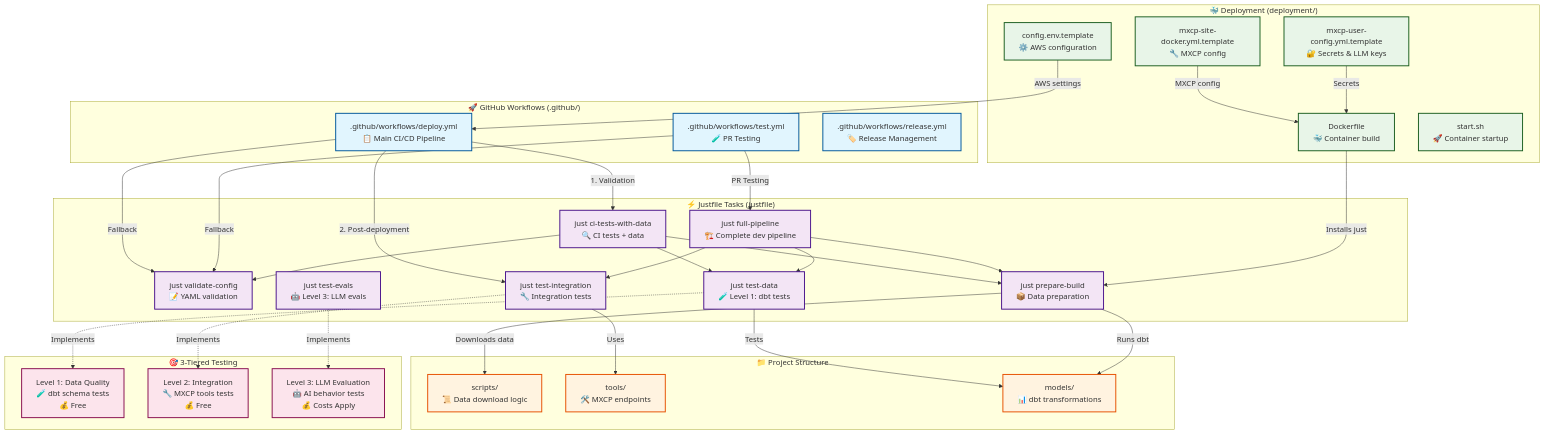
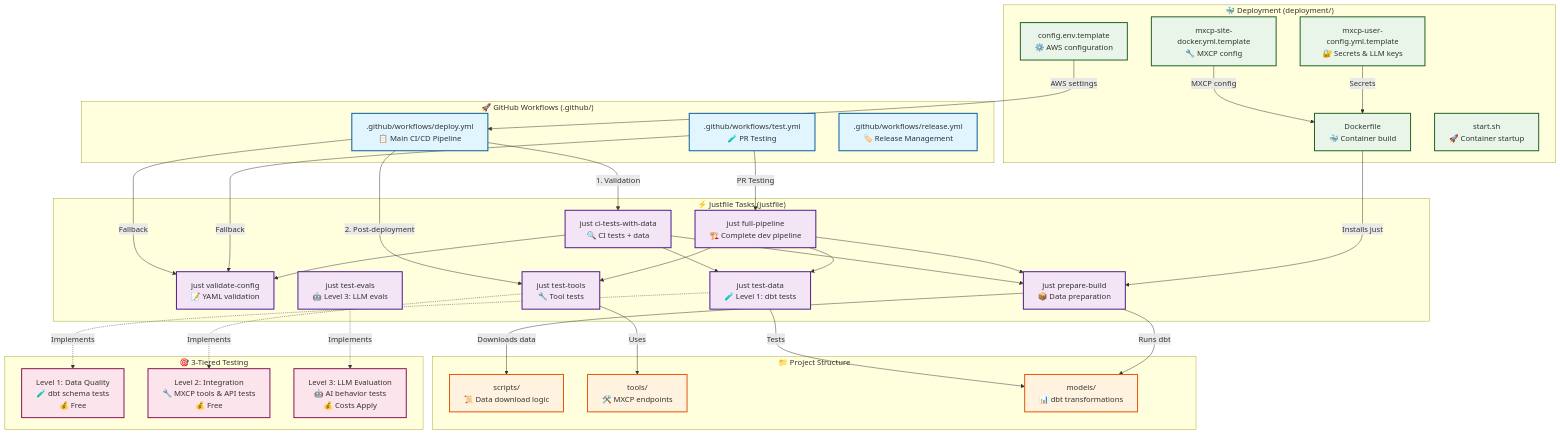
One commit to raw-labs/mxcp-project-deployment-template changed the diagram in README.md. Above: the diagram before and after it, drawn with Mermaid. The commit also changed other lines of this file and 3 other files, not shown here.

```diff
--- a/README.md
+++ b/README.md
@@ -65,7 +65,7 @@
         ValidateConfig["just validate-config<br/>📝 YAML validation"]
         CiTests["just ci-tests-with-data<br/>🔍 CI tests + data"]
         FullPipeline["just full-pipeline<br/>🏗️ Complete dev pipeline"]
-        TestIntegration["just test-integration<br/>🔧 Integration tests"]
+        TestTools["just test-tools<br/>🔧 Tool tests"]
         PrepareBuild["just prepare-build<br/>📦 Data preparation"]
         TestData["just test-data<br/>🧪 Level 1: dbt tests"]
         TestEvals["just test-evals<br/>🤖 Level 3: LLM evals"]
@@ -90,7 +90,7 @@
     %% Workflow Relationships
     Deploy -->|"1. Validation"| CiTests
     Deploy -->|"Fallback"| ValidateConfig
-    Deploy -->|"2. Post-deployment"| TestIntegration
+    Deploy -->|"2. Post-deployment"| TestTools
     
     Test -->|"PR Testing"| FullPipeline
     Test -->|"Fallback"| ValidateConfig
@@ -102,9 +102,9 @@
     
     FullPipeline --> PrepareBuild
     FullPipeline --> TestData
-    FullPipeline --> TestIntegration
+    FullPipeline --> TestTools
     
-    TestIntegration -->|"Uses"| Tools
+    TestTools -->|"Uses"| Tools
     TestData -->|"Tests"| Models
 
     %% Docker Build Process
@@ -120,12 +120,12 @@
     %% 3-Tiered Testing
     subgraph "🎯 3-Tiered Testing"
         Level1["Level 1: Data Quality<br/>🧪 dbt schema tests<br/>💰 Free"]
-        Level2["Level 2: Integration<br/>🔧 MXCP tools tests<br/>💰 Free"]
+        Level2["Level 2: Integration<br/>🔧 MXCP tools & API tests<br/>💰 Free"]
         Level3["Level 3: LLM Evaluation<br/>🤖 AI behavior tests<br/>💰 Costs Apply"]
     end
 
     TestData -.->|"Implements"| Level1
-    TestIntegration -.->|"Implements"| Level2
+    TestTools -.->|"Implements"| Level2
     TestEvals -.->|"Implements"| Level3
 
     %% Styling
@@ -136,7 +136,7 @@
     classDef testing fill:#fce4ec,stroke:#880e4f,stroke-width:2px
 
     class Deploy,Test,Release workflow
-    class ValidateConfig,CiTests,FullPipeline,TestIntegration,PrepareBuild,TestData,TestEvals justfile
+    class ValidateConfig,CiTests,FullPipeline,TestTools,PrepareBuild,TestData,TestEvals justfile
     class Dockerfile,ConfigEnv,MxcpSite,UserConfig,StartSh deployment
     class Scripts,Tools,Models project
     class Level1,Level2,Level3 testing
```
